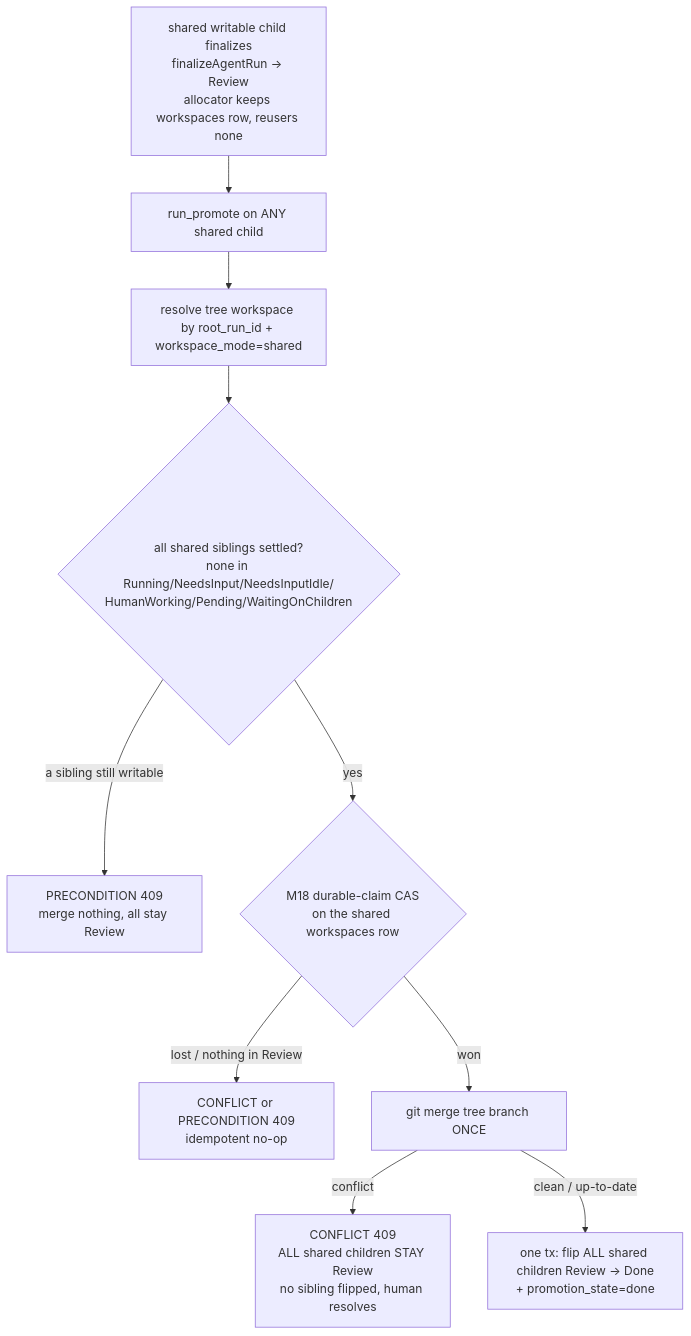
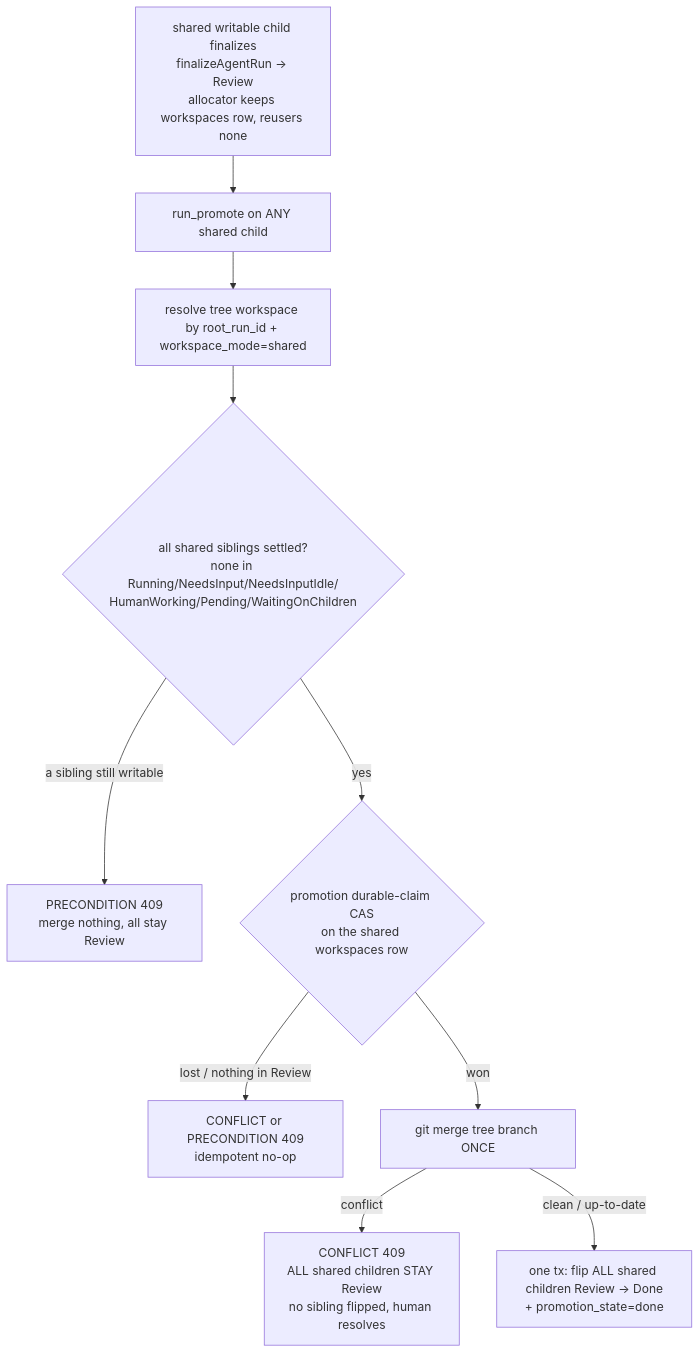
Before and after one commit to maister-dev/maister: the seventh of 7 diagrams in docs/system-analytics/orchestrator.md, drawn with Mermaid. The commit also changed other lines of this file and 89 other files, not shown here.

````diff
--- a/docs/system-analytics/orchestrator.md
+++ b/docs/system-analytics/orchestrator.md
@@ -229,12 +231,12 @@
 ```mermaid
 flowchart TD
     A[shared writable child finalizes<br/>finalizeAgentRun -> Review<br/>allocator keeps workspaces row, reusers none] --> P[run_promote on ANY shared child]
     P --> RES[resolve tree workspace by root_run_id + workspace_mode=shared]
     RES --> GATE{all shared siblings settled?<br/>none in Running/NeedsInput/NeedsInputIdle/<br/>HumanWorking/Pending/WaitingOnChildren}
     GATE -- a sibling still writable --> PRE[PRECONDITION 409<br/>merge nothing, all stay Review]
-    GATE -- yes --> CLAIM{M18 durable-claim CAS<br/>on the shared workspaces row}
+    GATE -- yes --> CLAIM{promotion durable-claim CAS<br/>on the shared workspaces row}
     CLAIM -- lost / nothing in Review --> NOOP[CONFLICT or PRECONDITION 409<br/>idempotent no-op]
     CLAIM -- won --> MERGE[git merge tree branch ONCE]
     MERGE -- conflict --> CONF[CONFLICT 409<br/>ALL shared children STAY Review<br/>no sibling flipped, human resolves]
     MERGE -- clean / up-to-date --> SETTLE[one tx: flip ALL shared children Review -> Done<br/>+ promotion_state=done]
 ```
````
